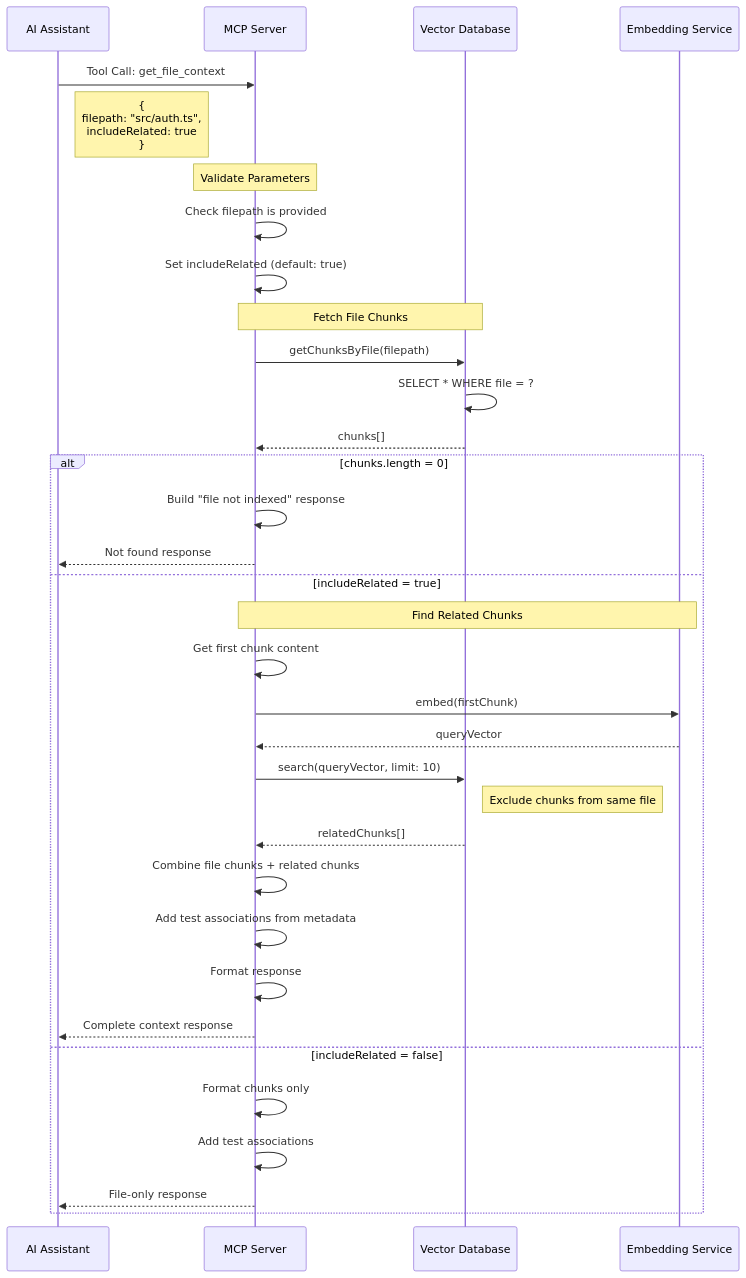
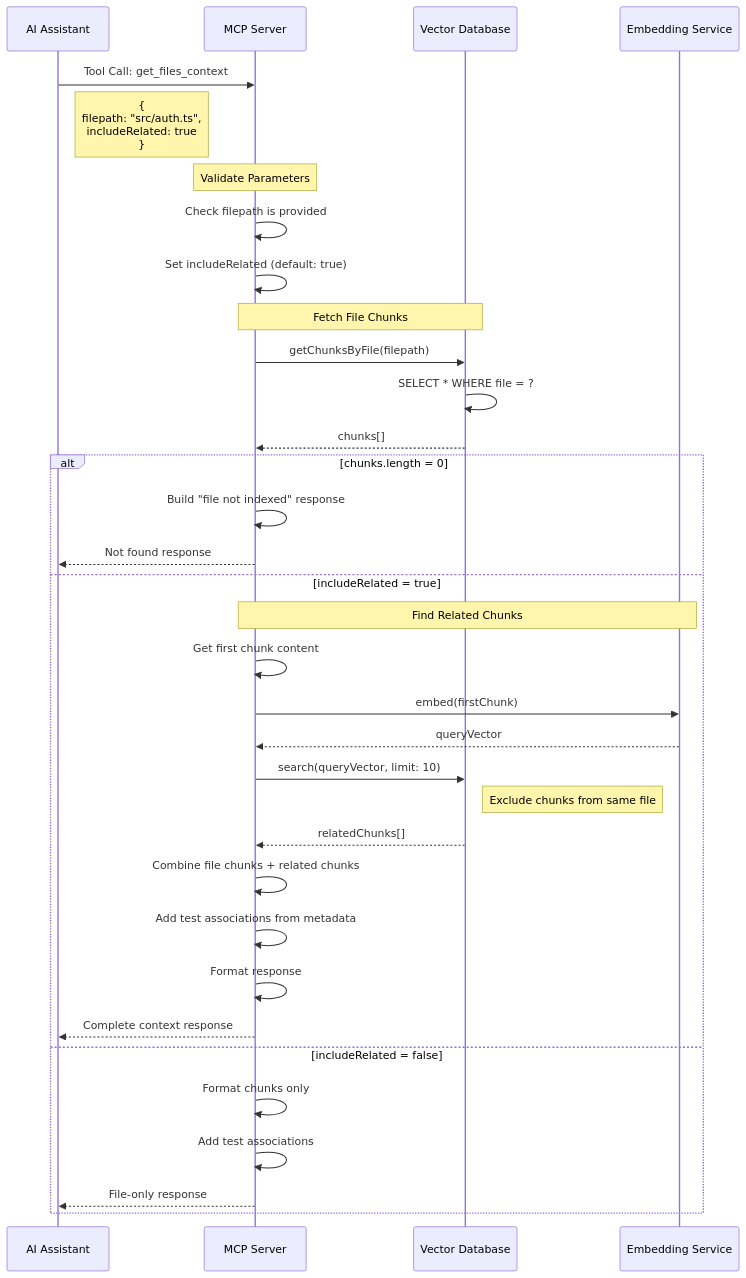
One commit to getlien/lien changed the third of 6 diagrams in docs/architecture/mcp-server-flow.md. Above: the diagram before and after it, drawn with Mermaid. The commit also changed other lines of this file and 7 other files, not shown here.

First line of the commit message:
docs: update architecture and site docs to match current codebase

````diff
--- a/docs/architecture/mcp-server-flow.md
+++ b/docs/architecture/mcp-server-flow.md
@@ -157,42 +170,42 @@
 ```mermaid
 sequenceDiagram
     participant AI as AI Assistant
     participant MCP as MCP Server
     participant VectorDB as Vector Database
     participant Embeddings as Embedding Service
     
-    AI->>MCP: Tool Call: get_file_context
+    AI->>MCP: Tool Call: get_files_context
     Note right of AI: {<br/>  filepath: "src/auth.ts",<br/>  includeRelated: true<br/>}
     
     Note over MCP: Validate Parameters
     MCP->>MCP: Check filepath is provided
     MCP->>MCP: Set includeRelated (default: true)
     
     Note over MCP,VectorDB: Fetch File Chunks
     MCP->>VectorDB: getChunksByFile(filepath)
     VectorDB->>VectorDB: SELECT * WHERE file = ?
     VectorDB-->>MCP: chunks[]
     
     alt chunks.length = 0
         MCP->>MCP: Build "file not indexed" response
         MCP-->>AI: Not found response
     else includeRelated = true
         Note over MCP,Embeddings: Find Related Chunks
         MCP->>MCP: Get first chunk content
         MCP->>Embeddings: embed(firstChunk)
         Embeddings-->>MCP: queryVector
         
         MCP->>VectorDB: search(queryVector, limit: 10)
         Note right of VectorDB: Exclude chunks from same file
         VectorDB-->>MCP: relatedChunks[]
         
         MCP->>MCP: Combine file chunks + related chunks
         MCP->>MCP: Add test associations from metadata
         MCP->>MCP: Format response
         MCP-->>AI: Complete context response
     else includeRelated = false
         MCP->>MCP: Format chunks only
         MCP->>MCP: Add test associations
         MCP-->>AI: File-only response
     end
 ```
````
